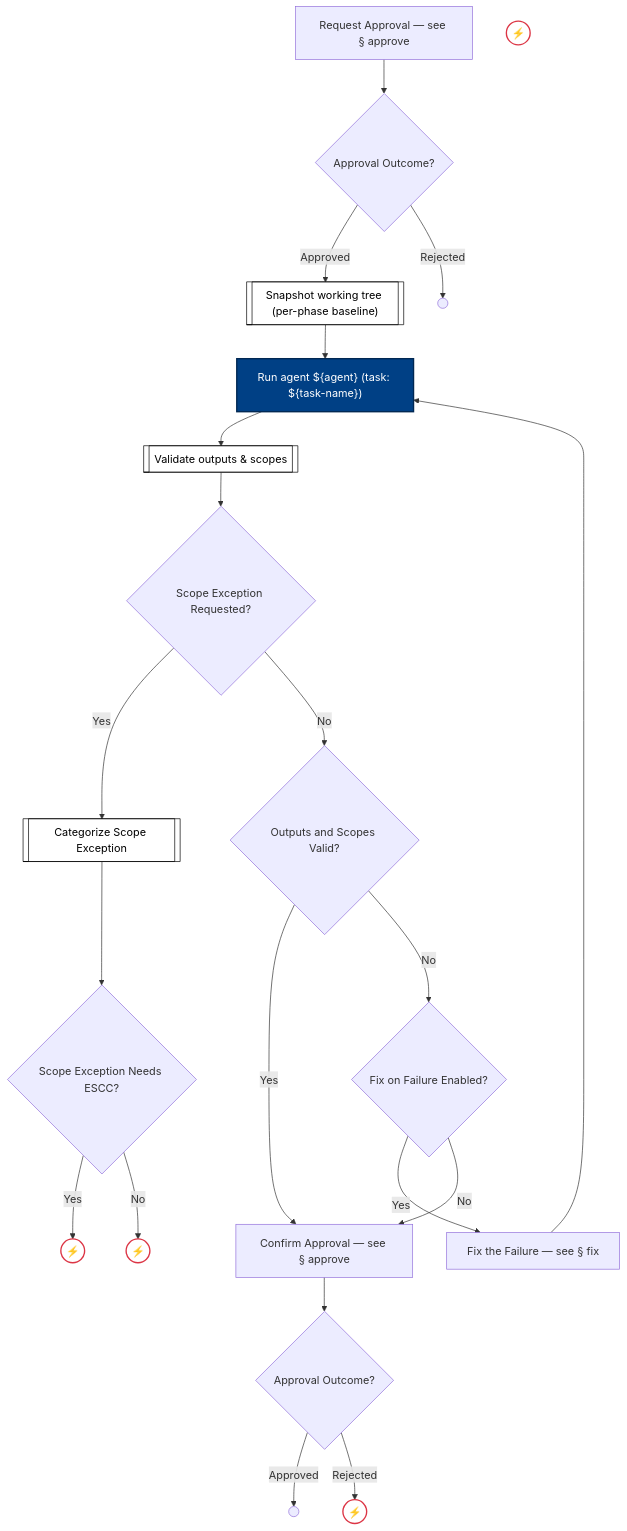
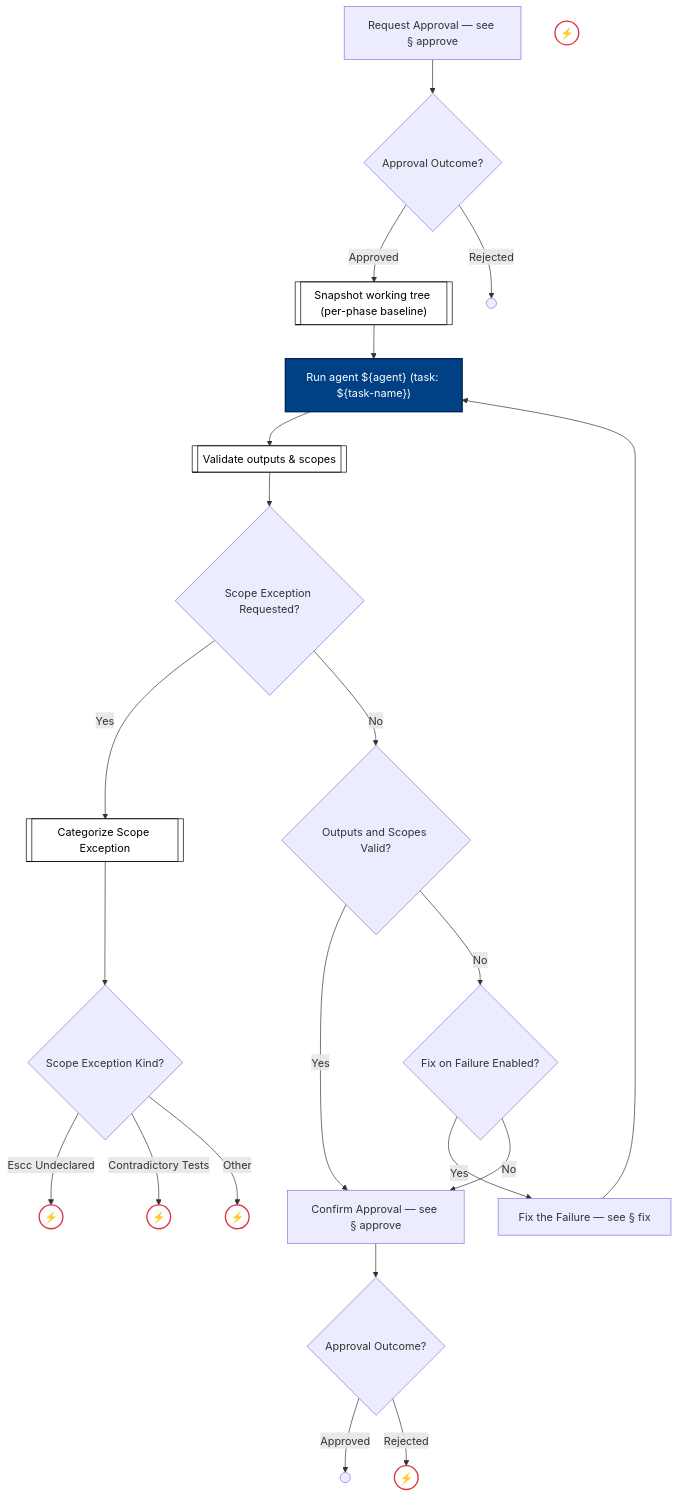
Before and after one commit to optivem/gh-optivem: diagram 42 of 54 in docs/process-diagram.md, drawn with Mermaid. The commit also changed 1 other file, not shown here.

Commit message:
atdd: regenerate process-flow diagram

````diff
--- a/docs/process-diagram.md
+++ b/docs/process-diagram.md
@@ -739,51 +739,53 @@
 ```mermaid
 flowchart TD
     APPROVE_PRE[Request Approval — see § approve]
     GATE_APPROVED_PRE{Approval Outcome?}
     SNAPSHOT_WORKING_TREE[["Snapshot working tree (per-phase baseline)"]]
     EXECUTE_AGENT_REJECTED_END(( ))
     RUN_AGENT["Run agent ${agent} (task: ${task-name})"]
     VALIDATE_OUTPUTS_AND_SCOPES[["Validate outputs & scopes"]]
     GATE_SCOPE_EXCEPTION_REQUESTED{Scope Exception Requested?}
     CATEGORIZE_SCOPE_EXCEPTION[[Categorize Scope Exception]]
     GATE_OUTPUTS_AND_SCOPES_VALID{Outputs and Scopes Valid?}
-    GATE_SCOPE_EXCEPTION_NEEDS_ESCC{Scope Exception Needs ESCC?}
+    GATE_SCOPE_EXCEPTION_NEEDS_ESCC{Scope Exception Kind?}
     APPROVE_POST[Confirm Approval — see § approve]
     GATE_FIX_ON_FAILURE{Fix on Failure Enabled?}
     ESCC_UNDECLARED_HALT((⚡))
+    CONTRADICTORY_TESTS_HALT((⚡))
     STOP_SCOPE_VIOLATION((⚡))
     GATE_APPROVED_POST{Approval Outcome?}
     FIX[Fix the Failure — see § fix]
     EXECUTE_AGENT_END(( ))
     EXECUTE_AGENT_OUTPUT_REJECTED_END((⚡))
     AGENT_FIX_EXHAUSTED((⚡))
 
     APPROVE_PRE --> GATE_APPROVED_PRE
     GATE_APPROVED_PRE -- Approved --> SNAPSHOT_WORKING_TREE
     GATE_APPROVED_PRE -- Rejected --> EXECUTE_AGENT_REJECTED_END
     SNAPSHOT_WORKING_TREE --> RUN_AGENT
     RUN_AGENT --> VALIDATE_OUTPUTS_AND_SCOPES
     VALIDATE_OUTPUTS_AND_SCOPES --> GATE_SCOPE_EXCEPTION_REQUESTED
     GATE_SCOPE_EXCEPTION_REQUESTED -- Yes --> CATEGORIZE_SCOPE_EXCEPTION
     GATE_SCOPE_EXCEPTION_REQUESTED -- No --> GATE_OUTPUTS_AND_SCOPES_VALID
     CATEGORIZE_SCOPE_EXCEPTION --> GATE_SCOPE_EXCEPTION_NEEDS_ESCC
-    GATE_SCOPE_EXCEPTION_NEEDS_ESCC -- Yes --> ESCC_UNDECLARED_HALT
-    GATE_SCOPE_EXCEPTION_NEEDS_ESCC -- No --> STOP_SCOPE_VIOLATION
+    GATE_SCOPE_EXCEPTION_NEEDS_ESCC -- Escc Undeclared --> ESCC_UNDECLARED_HALT
+    GATE_SCOPE_EXCEPTION_NEEDS_ESCC -- Contradictory Tests --> CONTRADICTORY_TESTS_HALT
+    GATE_SCOPE_EXCEPTION_NEEDS_ESCC -- Other --> STOP_SCOPE_VIOLATION
     GATE_OUTPUTS_AND_SCOPES_VALID -- Yes --> APPROVE_POST
     GATE_OUTPUTS_AND_SCOPES_VALID -- No --> GATE_FIX_ON_FAILURE
     GATE_FIX_ON_FAILURE -- Yes --> FIX
     GATE_FIX_ON_FAILURE -- No --> APPROVE_POST
     FIX --> RUN_AGENT
     APPROVE_POST --> GATE_APPROVED_POST
     GATE_APPROVED_POST -- Approved --> EXECUTE_AGENT_END
     GATE_APPROVED_POST -- Rejected --> EXECUTE_AGENT_OUTPUT_REJECTED_END
 
     classDef serviceNode fill:#ffffff,stroke:#000000,stroke-width:1px,color:#000000
     class CATEGORIZE_SCOPE_EXCEPTION,SNAPSHOT_WORKING_TREE,VALIDATE_OUTPUTS_AND_SCOPES serviceNode
 
     classDef agentNode fill:#004085,stroke:#002752,stroke-width:2px,color:#ffffff
     class RUN_AGENT agentNode
 
     classDef errorEndNode fill:#ffffff,stroke:#dc3545,stroke-width:2px,color:#000000
-    class AGENT_FIX_EXHAUSTED,ESCC_UNDECLARED_HALT,EXECUTE_AGENT_OUTPUT_REJECTED_END,STOP_SCOPE_VIOLATION errorEndNode
+    class AGENT_FIX_EXHAUSTED,CONTRADICTORY_TESTS_HALT,ESCC_UNDECLARED_HALT,EXECUTE_AGENT_OUTPUT_REJECTED_END,STOP_SCOPE_VIOLATION errorEndNode
 ```
````
